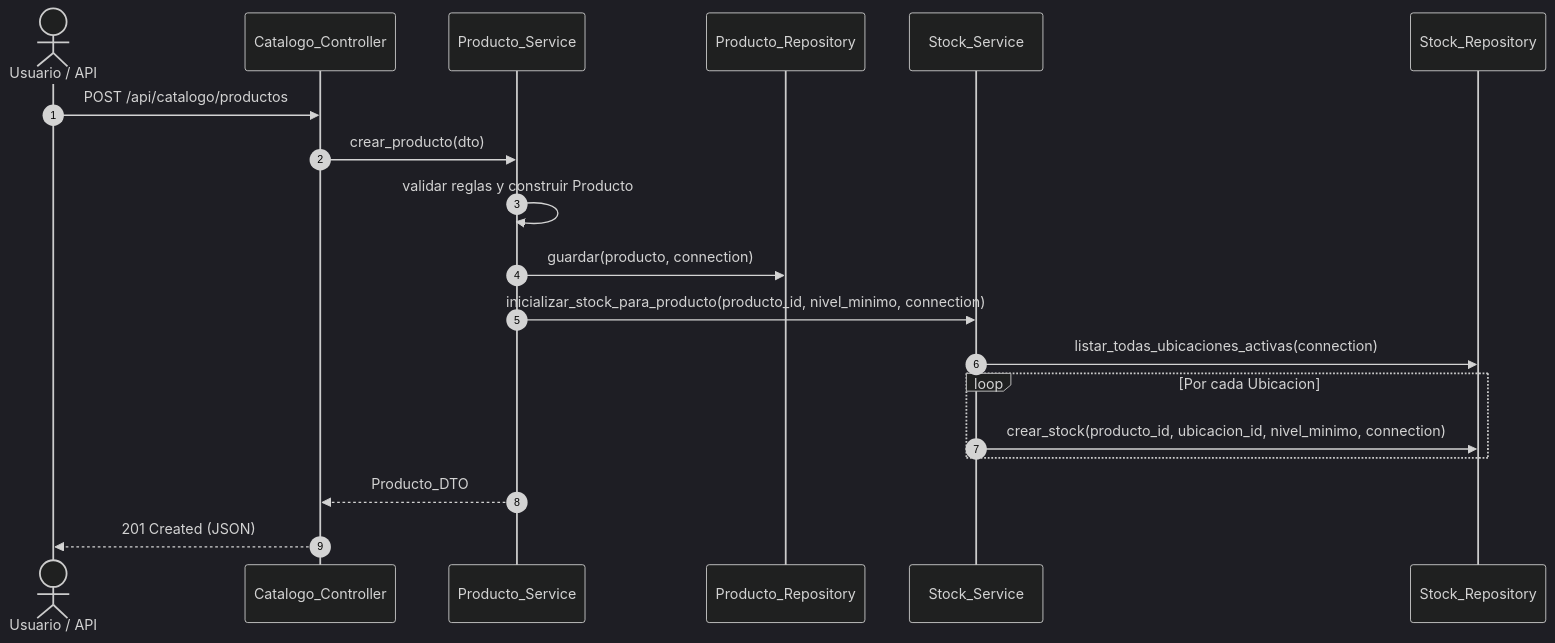
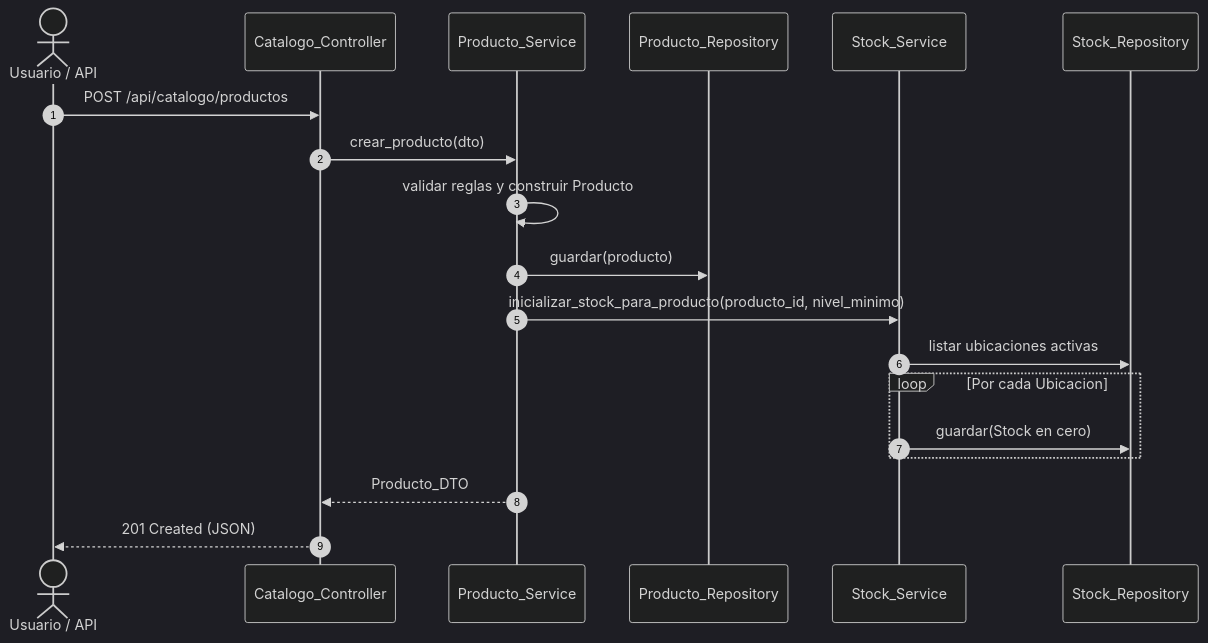
The third of 4 diagrams in docs/specs/integrante_1_catalogo_stock.md (Manuel-Cavina/TP-DAO), drawn with Mermaid (dark theme) before and after one commit. The commit also changed other lines of this file and 8 other files, not shown here.

````diff
--- a/docs/specs/integrante_1_catalogo_stock.md
+++ b/docs/specs/integrante_1_catalogo_stock.md
@@ -243,22 +242,22 @@
 ```mermaid
 sequenceDiagram
     autonumber
     actor User as Usuario / API
     participant CatAPI as Catalogo_Controller
     participant ProdServ as Producto_Service
     participant ProdRepo as Producto_Repository
     participant StockServ as Stock_Service
     participant StockRepo as Stock_Repository
 
     User->>CatAPI: POST /api/catalogo/productos
     CatAPI->>ProdServ: crear_producto(dto)
     ProdServ->>ProdServ: validar reglas y construir Producto
-    ProdServ->>ProdRepo: guardar(producto, connection)
-    ProdServ->>StockServ: inicializar_stock_para_producto(producto_id, nivel_minimo, connection)
-    StockServ->>StockRepo: listar_todas_ubicaciones_activas(connection)
+    ProdServ->>ProdRepo: guardar(producto)
+    ProdServ->>StockServ: inicializar_stock_para_producto(producto_id, nivel_minimo)
+    StockServ->>StockRepo: listar ubicaciones activas
     loop Por cada Ubicacion
-        StockServ->>StockRepo: crear_stock(producto_id, ubicacion_id, nivel_minimo, connection)
+        StockServ->>StockRepo: guardar(Stock en cero)
     end
     ProdServ-->>CatAPI: Producto_DTO
     CatAPI-->>User: 201 Created (JSON)
 ```
````
